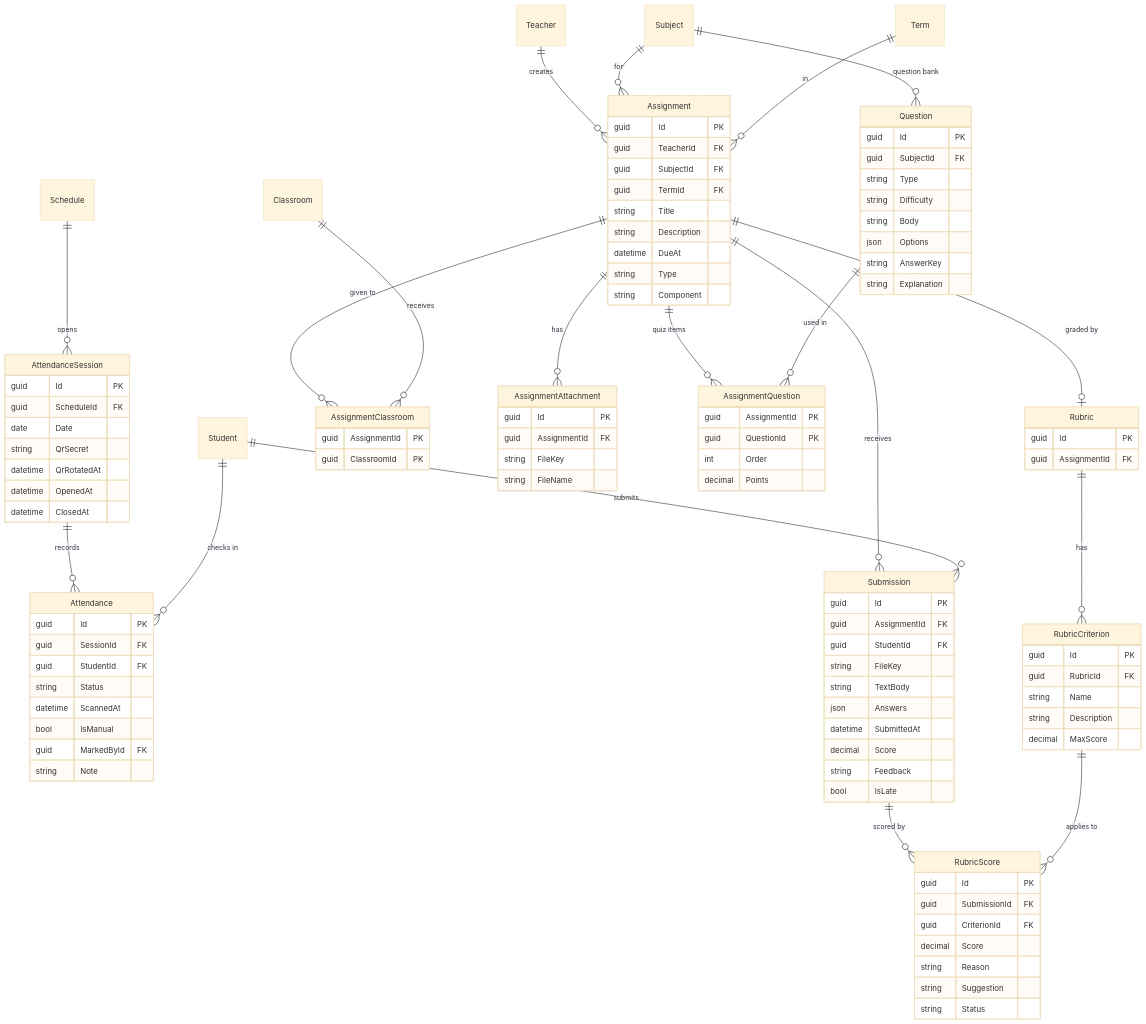
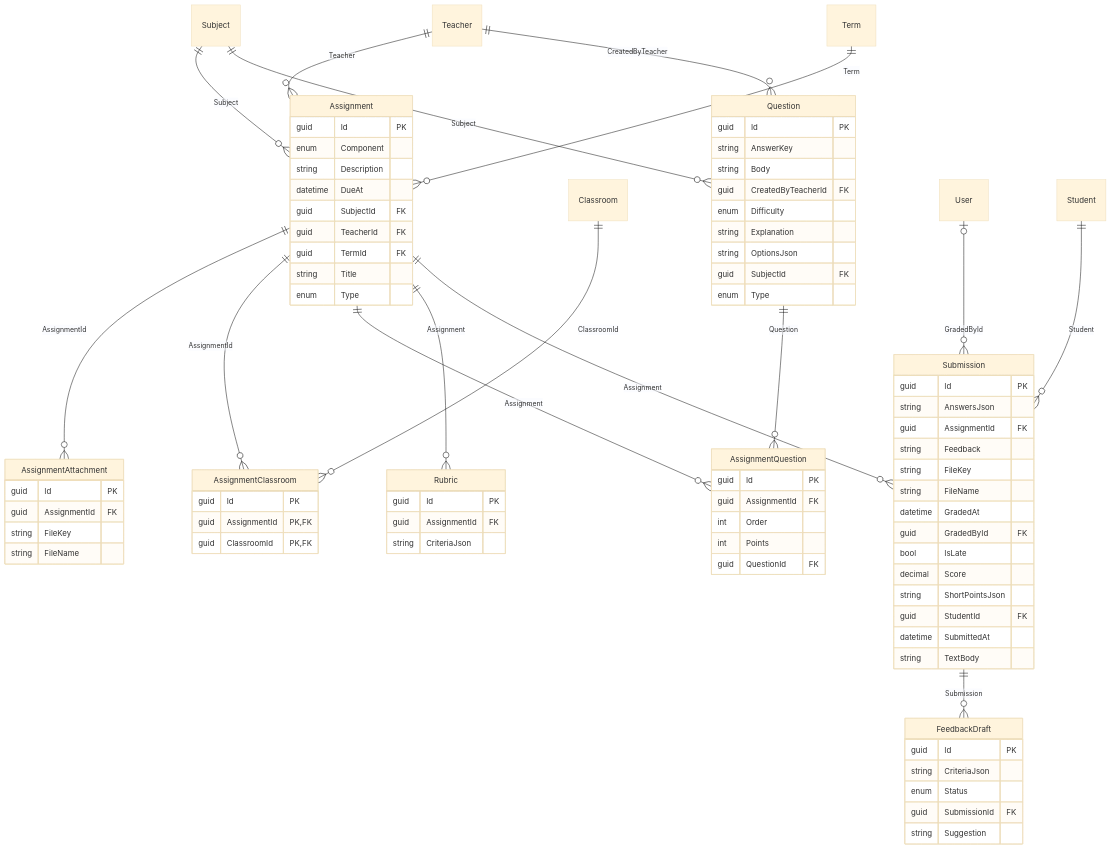
The sixth of 13 diagrams in docs/en/system-design.md (ridhwanhabib18/schomans), drawn with Mermaid (base theme) before and after one commit. The commit also changed other lines of this file and 11 other files, not shown here.

First line of the commit message:
feat(docs): generate the ERD, API reference, authorization matrix, jobs and events from the code

````diff
--- a/docs/en/system-design.md
+++ b/docs/en/system-design.md
@@ -196,58 +234,30 @@
 ```mermaid
-%% Source: diagrams/erd.mmd (attendance, assignments & question bank)
 erDiagram
-  Schedule ||--o{ AttendanceSession : "opens"
-  AttendanceSession ||--o{ Attendance : "records"
-  Student ||--o{ Attendance : "checks in"
-  Teacher ||--o{ Assignment : "creates"
-  Subject ||--o{ Assignment : "for"
-  Term ||--o{ Assignment : "in"
-  Assignment ||--o{ AssignmentClassroom : "given to"
-  Classroom ||--o{ AssignmentClassroom : "receives"
-  Assignment ||--o{ AssignmentAttachment : "has"
-  Assignment ||--o{ AssignmentQuestion : "quiz items"
-  Question ||--o{ AssignmentQuestion : "used in"
-  Subject ||--o{ Question : "question bank"
-  Assignment ||--o{ Submission : "receives"
-  Student ||--o{ Submission : "submits"
-  Assignment ||--o| Rubric : "graded by"
-  Rubric ||--o{ RubricCriterion : "has"
-  Submission ||--o{ RubricScore : "scored by"
-  RubricCriterion ||--o{ RubricScore : "applies to"
-
-  AttendanceSession {
-    guid Id PK
-    guid ScheduleId FK
-    date Date
-    string QrSecret
-    datetime QrRotatedAt
-    datetime OpenedAt
-    datetime ClosedAt
-  }
-  Attendance {
-    guid Id PK
-    guid SessionId FK
-    guid StudentId FK
-    string Status
-    datetime ScannedAt
-    bool IsManual
-    guid MarkedById FK
-    string Note
-  }
+  Subject ||--o{ Assignment : "Subject"
+  Teacher ||--o{ Assignment : "Teacher"
+  Term ||--o{ Assignment : "Term"
+  Assignment ||--o{ AssignmentAttachment : "AssignmentId"
+  Assignment ||--o{ AssignmentClassroom : "AssignmentId"
+  Classroom ||--o{ AssignmentClassroom : "ClassroomId"
+  Assignment ||--o{ AssignmentQuestion : "Assignment"
+  Question ||--o{ AssignmentQuestion : "Question"
+  Submission ||--o{ FeedbackDraft : "Submission"
+  Teacher ||--o{ Question : "CreatedByTeacher"
+  Subject ||--o{ Question : "Subject"
+  Assignment ||--o{ Rubric : "Assignment"
+  Assignment ||--o{ Submission : "Assignment"
+  User |o--o{ Submission : "GradedById"
+  Student ||--o{ Submission : "Student"
   Assignment {
     guid Id PK
+    enum Component
+    string Description
+    datetime DueAt
+    guid SubjectId FK
     guid TeacherId FK
-    guid SubjectId FK
     guid TermId FK
     string Title
-    string Description
-    datetime DueAt
-    string Type
-    string Component
-  }
-  AssignmentClassroom {
-    guid AssignmentId PK
-    guid ClassroomId PK
+    enum Type
   }
   AssignmentAttachment {
     guid Id PK
@@ -255,52 +265,55 @@
     string FileKey
     string FileName
   }
+  AssignmentClassroom {
+    guid Id PK
+    guid AssignmentId PK,FK
+    guid ClassroomId PK,FK
+  }
   AssignmentQuestion {
-    guid AssignmentId PK
-    guid QuestionId PK
-    int Order
-    decimal Points
-  }
-  Submission {
     guid Id PK
     guid AssignmentId FK
-    guid StudentId FK
-    string FileKey
-    string TextBody
-    json Answers
-    datetime SubmittedAt
-    decimal Score
-    string Feedback
-    bool IsLate
+    int Order
+    int Points
+    guid QuestionId FK
+  }
+  FeedbackDraft {
+    guid Id PK
+    string CriteriaJson
+    enum Status
+    guid SubmissionId FK
+    string Suggestion
+  }
+  Question {
+    guid Id PK
+    string AnswerKey
+    string Body
+    guid CreatedByTeacherId FK
+    enum Difficulty
+    string Explanation
+    string OptionsJson
+    guid SubjectId FK
+    enum Type
   }
   Rubric {
     guid Id PK
     guid AssignmentId FK
+    string CriteriaJson
   }
-  RubricCriterion {
+  Submission {
     guid Id PK
-    guid RubricId FK
-    string Name
-    string Description
-    decimal MaxScore
-  }
-  RubricScore {
-    guid Id PK
-    guid SubmissionId FK
-    guid CriterionId FK
+    string AnswersJson
+    guid AssignmentId FK
+    string Feedback
+    string FileKey
+    string FileName
+    datetime GradedAt
+    guid GradedById FK
+    bool IsLate
     decimal Score
-    string Reason
-    string Suggestion
-    string Status
-  }
-  Question {
-    guid Id PK
-    guid SubjectId FK
-    string Type
-    string Difficulty
-    string Body
-    json Options
-    string AnswerKey
-    string Explanation
+    string ShortPointsJson
+    guid StudentId FK
+    datetime SubmittedAt
+    string TextBody
   }
 ```
````
